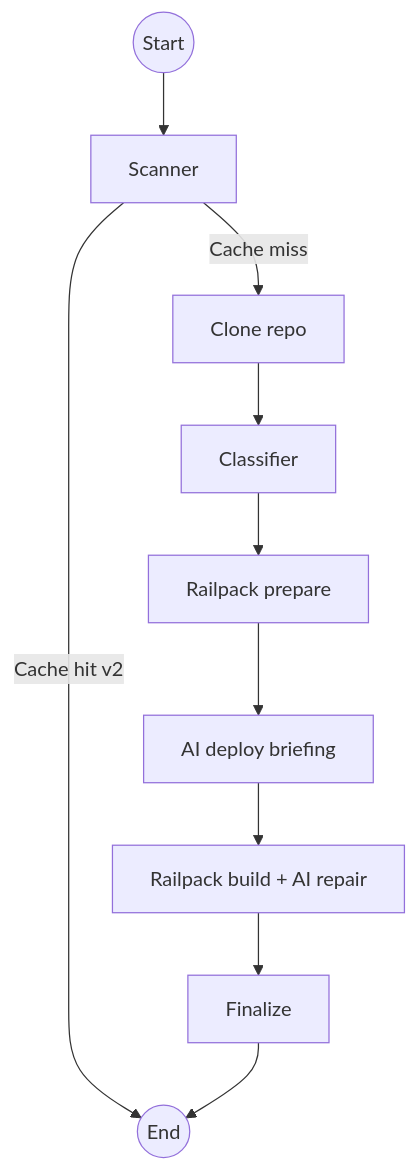
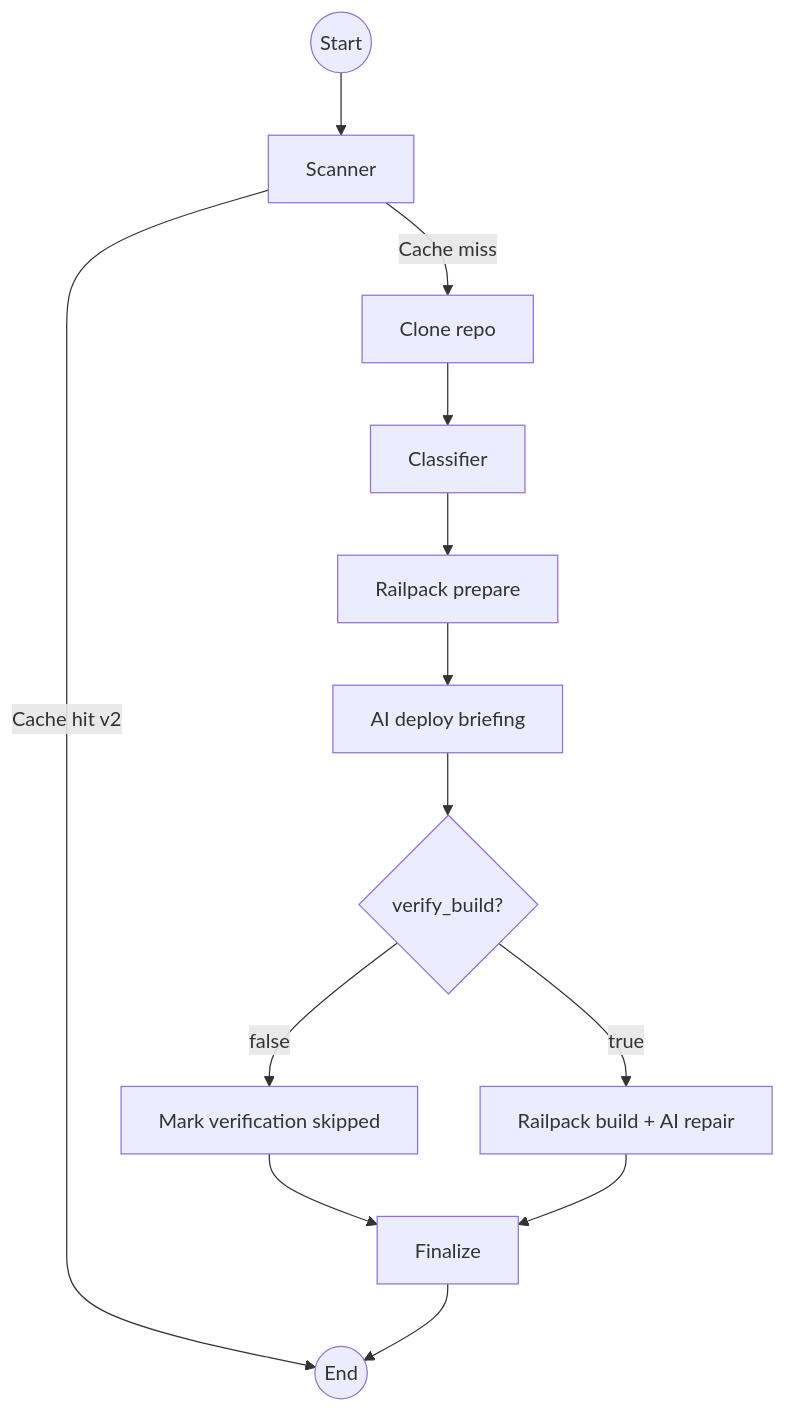
Before and after one commit to anirudh-makuluri/sd-artifacts: the diagram in README.md, drawn with Mermaid. The commit also changed other lines of this file and 8 other files, not shown here.

Commit message:
fix: make analysis build verification opt-in

````diff
--- a/README.md
+++ b/README.md
@@ -18,12 +18,15 @@
 ```mermaid
 graph TD
     Start(("Start")) --> Scan["Scanner"]
     Scan -->|Cache hit v2| End(("End"))
     Scan -->|Cache miss| Clone["Clone repo"]
     Clone --> Classify["Classifier"]
     Classify --> Prepare["Railpack prepare"]
     Prepare --> Briefing["AI deploy briefing"]
-    Briefing --> Build["Railpack build + AI repair"]
+    Briefing --> Verification{"verify_build?"}
+    Verification -->|true| Build["Railpack build + AI repair"]
+    Verification -->|false| Skipped["Mark verification skipped"]
+    Skipped --> Finalize
     Build --> Finalize["Finalize"]
     Finalize --> End
 ```
````
